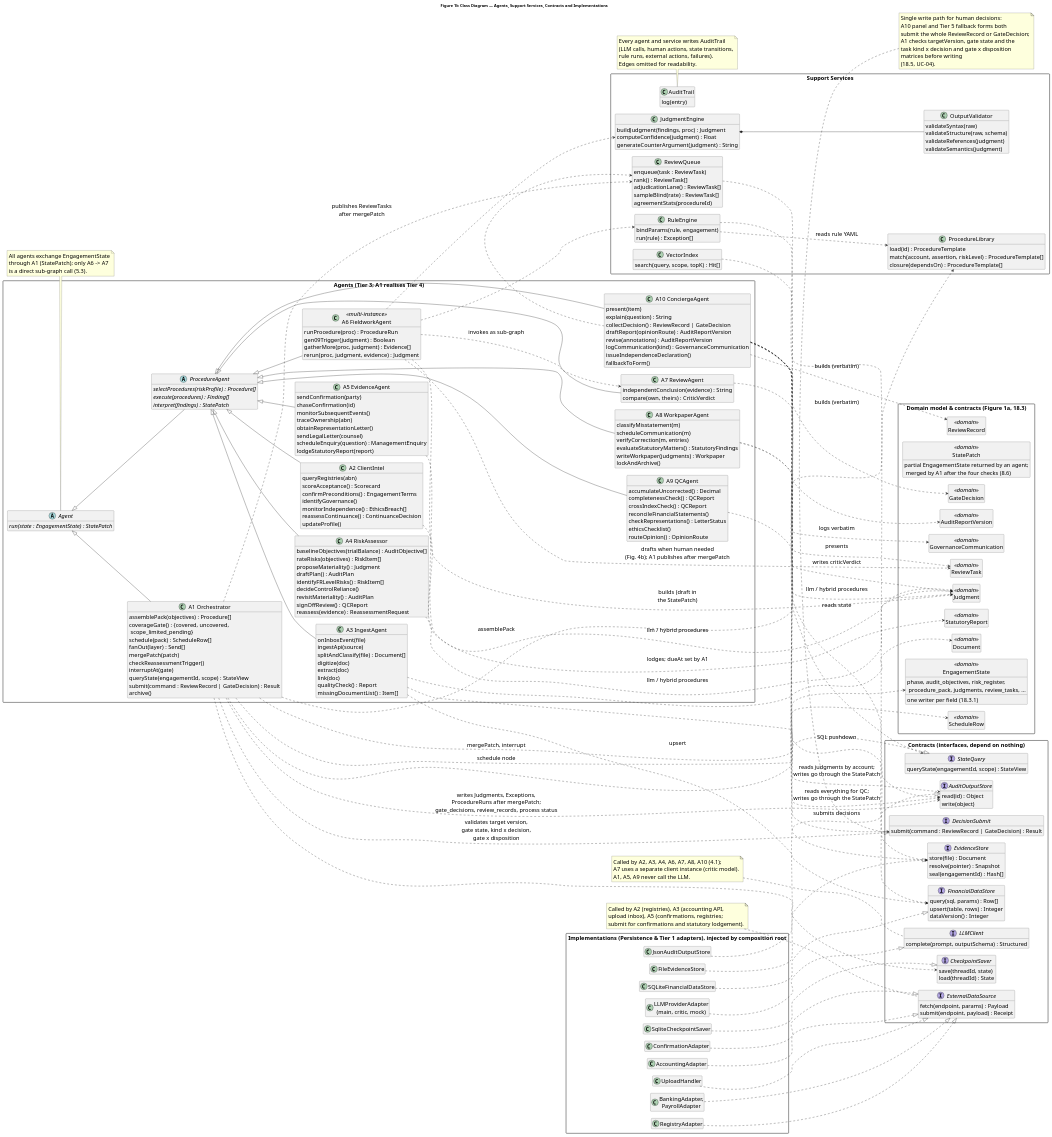
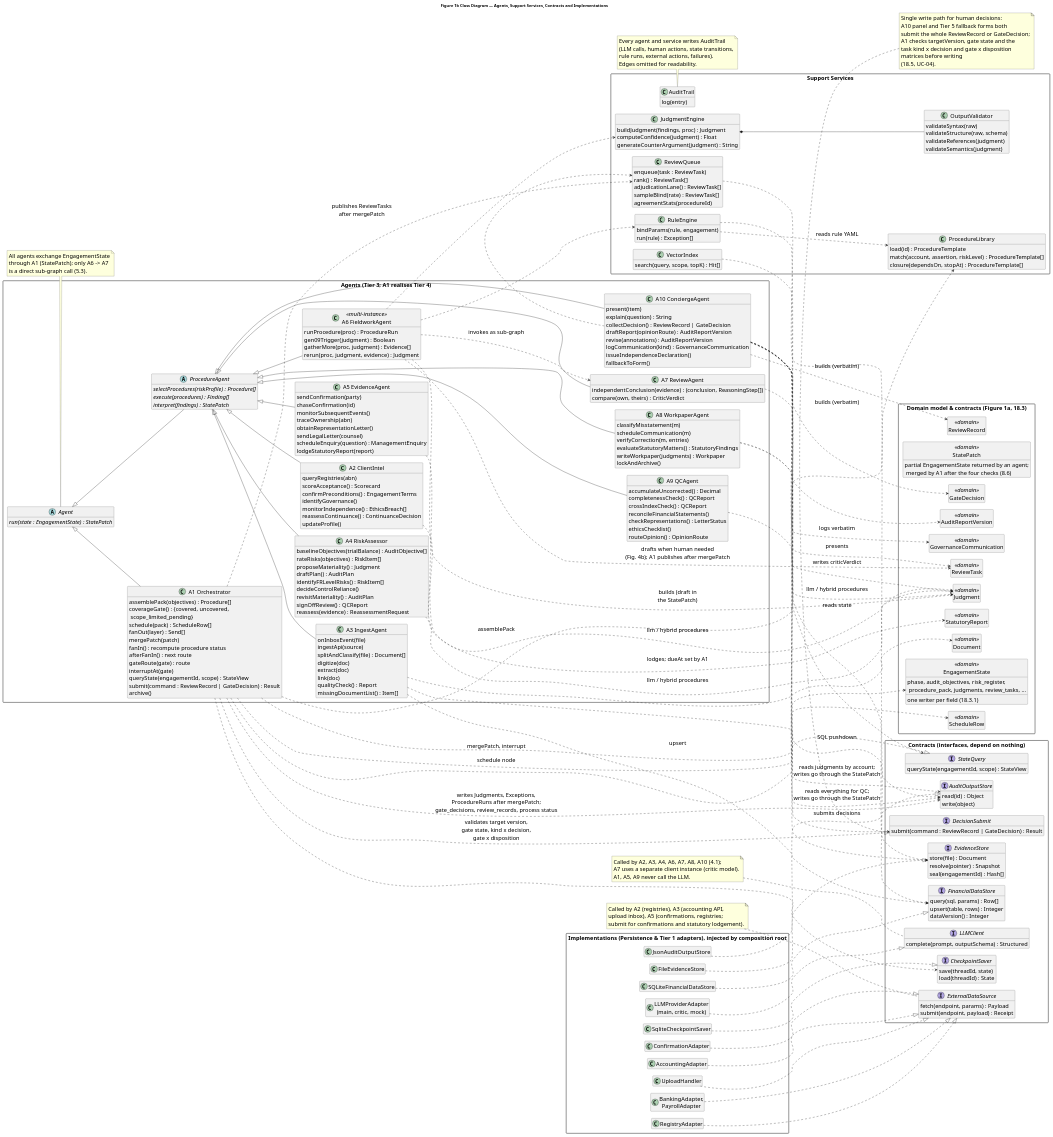
The diagram in diagrams/class_agents.puml (SilverHim/audit-agent), drawn with PlantUML before and after one commit. The commit also changed 31 other files, not shown here.

```diff
--- a/diagrams/class_agents.puml
+++ b/diagrams/class_agents.puml
@@ -27,7 +27,9 @@
     schedule(pack) : ScheduleRow[]
     fanOut(layer) : Send[]
     mergePatch(patch)
-    checkReassessmentTrigger()
+    fanIn() : recompute procedure status
+    afterFanIn() : next route
+    gateRoute(gate) : route
     interruptAt(gate)
     queryState(engagementId, scope) : StateView
     submit(command : ReviewRecord | GateDecision) : Result
@@ -80,7 +82,7 @@
     rerun(proc, judgment, evidence) : Judgment
   }
   class "A7 ReviewAgent" as A7 {
-    independentConclusion(evidence) : String
+    independentConclusion(evidence) : (conclusion, ReasoningStep[])
     compare(own, theirs) : CriticVerdict
   }
   class "A8 WorkpaperAgent" as A8 {
@@ -117,7 +119,7 @@
   class ProcedureLibrary {
     load(id) : ProcedureTemplate
     match(account, assertion, riskLevel) : ProcedureTemplate[]
-    closure(dependsOn) : ProcedureTemplate[]
+    closure(dependsOn, stopAt) : ProcedureTemplate[]
   }
   class JudgmentEngine {
     buildJudgment(findings, proc) : Judgment
```
